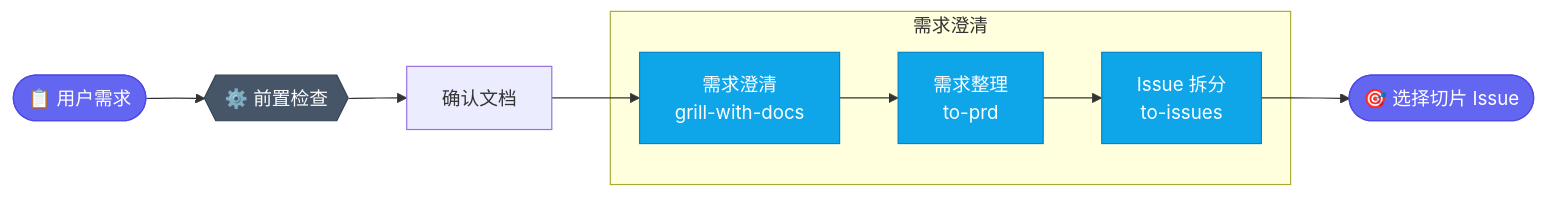
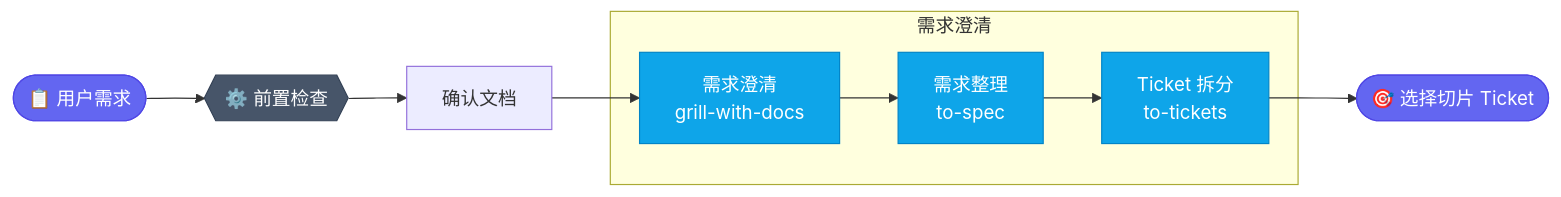
One commit to mofan212/codex-profile changed the second of 3 diagrams in README.md. Above: the diagram before and after it, drawn with Mermaid. The commit also changed other lines of this file and 8 other files, not shown here.

````diff
--- a/README.md
+++ b/README.md
@@ -106,24 +106,24 @@
 ```mermaid
 flowchart LR
     request(["📋 用户需求"])
     precheck{{"⚙️ 前置检查"}}
     docs["确认文档"]
 
     subgraph clarify ["需求澄清"]
         grill["需求澄清\ngrill-with-docs"]
-        prd["需求整理\nto-prd"]
-        issues["Issue 拆分\nto-issues"]
+        spec["需求整理\nto-spec"]
+        tickets["Ticket 拆分\nto-tickets"]
     end
 
-    slice(["🎯 选择切片 Issue"])
+    slice(["🎯 选择切片 Ticket"])
 
     request --> precheck --> docs --> grill
-    grill --> prd --> issues --> slice
+    grill --> spec --> tickets --> slice
 
     style request fill:#6366f1,color:#fff,stroke:#4f46e5
     style precheck fill:#475569,color:#fff,stroke:#334155
     style slice fill:#6366f1,color:#fff,stroke:#4f46e5
     style grill fill:#0ea5e9,color:#fff,stroke:#0284c7
-    style prd fill:#0ea5e9,color:#fff,stroke:#0284c7
-    style issues fill:#0ea5e9,color:#fff,stroke:#0284c7
+    style spec fill:#0ea5e9,color:#fff,stroke:#0284c7
+    style tickets fill:#0ea5e9,color:#fff,stroke:#0284c7
 ```
````
